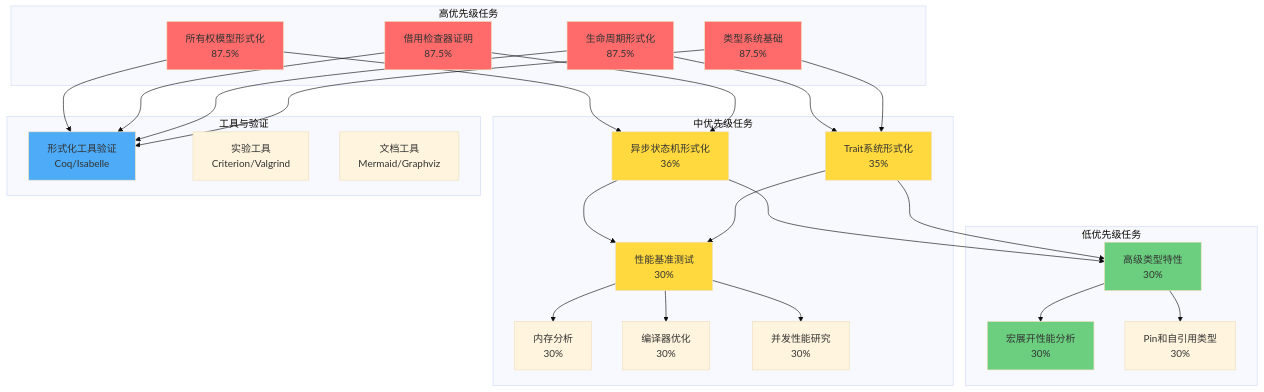
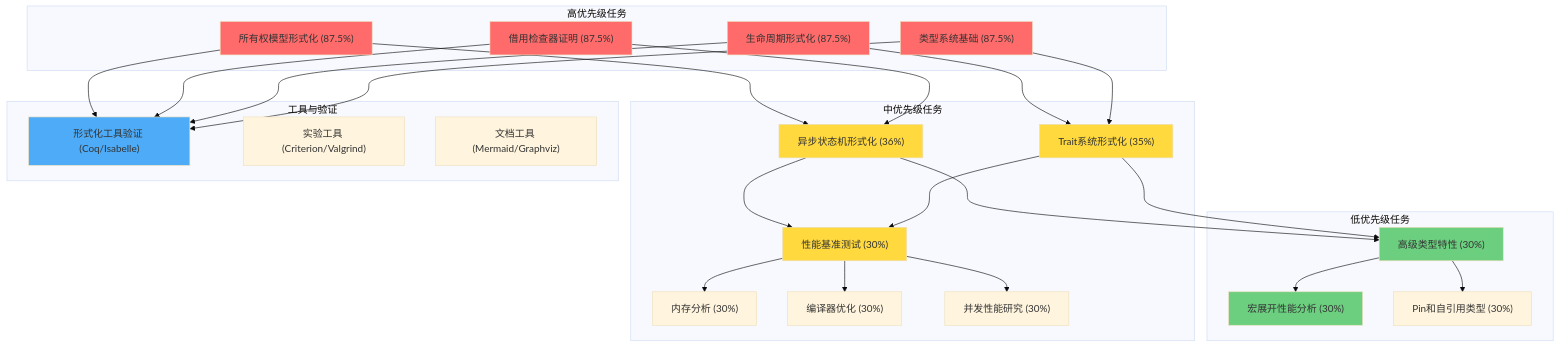
Before and after one commit to martin-ly/rust-lang: the diagram in docs/research_notes/TASK_ORCHESTRATION_AND_EXECUTION_PLAN.md, drawn with Mermaid (base theme). The commit also changed 42 other files, not shown here.

````diff
--- a/docs/research_notes/TASK_ORCHESTRATION_AND_EXECUTION_PLAN.md
+++ b/docs/research_notes/TASK_ORCHESTRATION_AND_EXECUTION_PLAN.md
@@ -130,62 +130,62 @@
 ```mermaid
 graph TB
     subgraph "高优先级任务"
-        A1[所有权模型形式化<br/>87.5%]
-        A2[借用检查器证明<br/>87.5%]
-        A3[生命周期形式化<br/>87.5%]
-        A4[类型系统基础<br/>87.5%]
+        A1["所有权模型形式化 (87.5%)"]
+        A2["借用检查器证明 (87.5%)"]
+        A3["生命周期形式化 (87.5%)"]
+        A4["类型系统基础 (87.5%)"]
     end
 
     subgraph "中优先级任务"
-        B1[异步状态机形式化<br/>36%]
-        B2[Trait系统形式化<br/>35%]
-        B3[性能基准测试<br/>30%]
-        B4[内存分析<br/>30%]
-        B5[编译器优化<br/>30%]
-        B6[并发性能研究<br/>30%]
+        B1["异步状态机形式化 (36%)"]
+        B2["Trait系统形式化 (35%)"]
+        B3["性能基准测试 (30%)"]
+        B4["内存分析 (30%)"]
+        B5["编译器优化 (30%)"]
+        B6["并发性能研究 (30%)"]
     end
 
     subgraph "低优先级任务"
-        C1[高级类型特性<br/>30%]
-        C2[宏展开性能分析<br/>30%]
-        C3[Pin和自引用类型<br/>30%]
+        C1["高级类型特性 (30%)"]
+        C2["宏展开性能分析 (30%)"]
+        C3["Pin和自引用类型 (30%)"]
     end
 
     subgraph "工具与验证"
-        D1[形式化工具验证<br/>Coq/Isabelle]
-        D2[实验工具<br/>Criterion/Valgrind]
-        D3[文档工具<br/>Mermaid/Graphviz]
+        D1["形式化工具验证 (Coq/Isabelle)"]
+        D2["实验工具 (Criterion/Valgrind)"]
+        D3["文档工具 (Mermaid/Graphviz)"]
     end
 
     A1 --> D1
     A2 --> D1
     A3 --> D1
     A4 --> D1
 
     A1 --> B1
     A2 --> B1
     A3 --> B2
     A4 --> B2
 
     B1 --> B3
     B2 --> B3
     B3 --> B4
     B3 --> B5
     B3 --> B6
 
     B1 --> C1
     B2 --> C1
     C1 --> C2
     C1 --> C3
 
     style A1 fill:#ff6b6b
     style A2 fill:#ff6b6b
     style A3 fill:#ff6b6b
     style A4 fill:#ff6b6b
     style B1 fill:#ffd93d
     style B2 fill:#ffd93d
     style B3 fill:#ffd93d
     style C1 fill:#6bcf7f
     style C2 fill:#6bcf7f
     style D1 fill:#4dabf7
 ```
````
